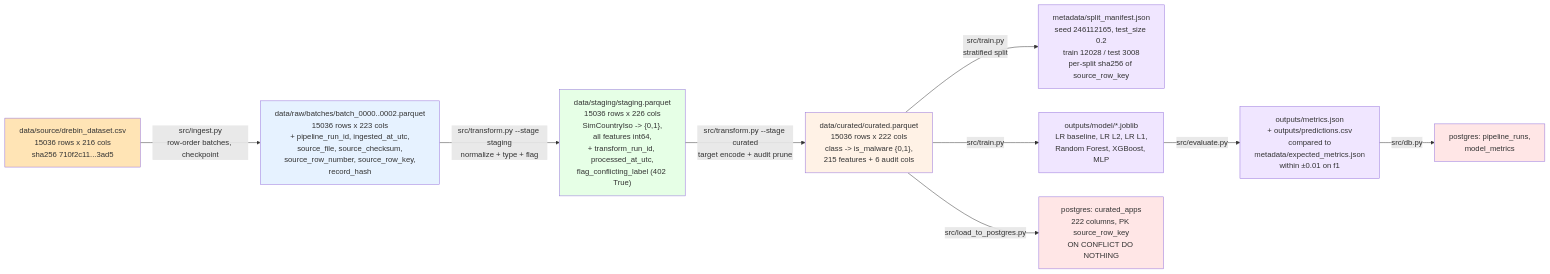
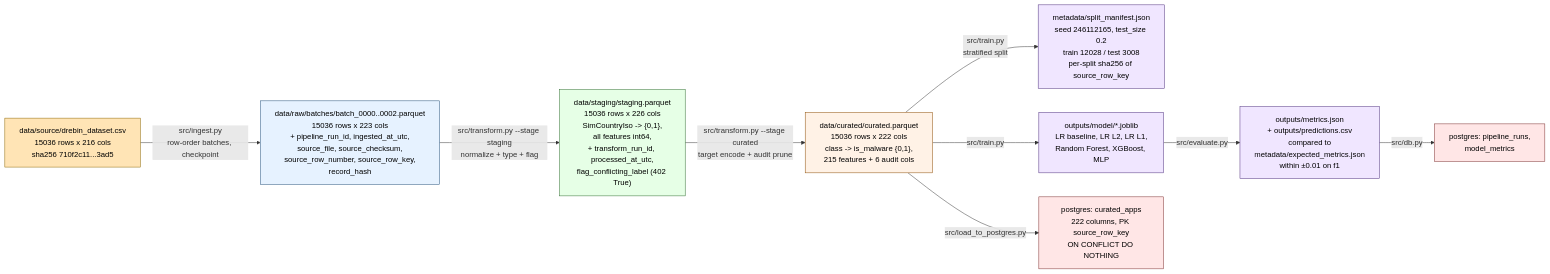
The diagram in docs/lineage.md (csystm/dss150p_repro_Pesquisa_Jericho), drawn with Mermaid before and after one commit. The commit also changed other lines of this file, not shown here.

Commit message:
docs: set explicit text color on lineage diagram for dark-mode readability

````diff
--- a/docs/lineage.md
+++ b/docs/lineage.md
@@ -6,43 +6,43 @@
 ```mermaid
 flowchart LR
     SRC["data/source/drebin_dataset.csv<br/>15036 rows x 216 cols<br/>sha256 710f2c11...3ad5"]
 
     RAW["data/raw/batches/batch_0000..0002.parquet<br/>15036 rows x 223 cols<br/>+ pipeline_run_id, ingested_at_utc,<br/>source_file, source_checksum,<br/>source_row_number, source_row_key,<br/>record_hash"]
 
     STG["data/staging/staging.parquet<br/>15036 rows x 226 cols<br/>SimCountryIso -> {0,1},<br/>all features int64,<br/>+ transform_run_id, processed_at_utc,<br/>flag_conflicting_label (402 True)"]
 
     CUR["data/curated/curated.parquet<br/>15036 rows x 222 cols<br/>class -> is_malware {0,1},<br/>215 features + 6 audit cols"]
 
     SPLIT["metadata/split_manifest.json<br/>seed 246112165, test_size 0.2<br/>train 12028 / test 3008<br/>per-split sha256 of source_row_key"]
 
     MODELS["outputs/model/*.joblib<br/>LR baseline, LR L2, LR L1,<br/>Random Forest, XGBoost, MLP"]
 
     METRICS["outputs/metrics.json<br/>+ outputs/predictions.csv<br/>compared to<br/>metadata/expected_metrics.json<br/>within ±0.01 on f1"]
 
     PG["postgres: curated_apps<br/>222 columns, PK source_row_key<br/>ON CONFLICT DO NOTHING"]
 
     AUDIT["postgres: pipeline_runs,<br/>model_metrics"]
 
     SRC -->|src/ingest.py<br/>row-order batches, checkpoint| RAW
     RAW -->|src/transform.py --stage staging<br/>normalize + type + flag| STG
     STG -->|src/transform.py --stage curated<br/>target encode + audit prune| CUR
     CUR -->|src/train.py<br/>stratified split| SPLIT
     CUR -->|src/train.py| MODELS
     MODELS -->|src/evaluate.py| METRICS
     CUR -->|src/load_to_postgres.py| PG
     METRICS -->|src/db.py| AUDIT
 
-    classDef source fill:#ffe4b5
-    classDef raw fill:#e6f2ff
-    classDef staging fill:#e6ffe6
-    classDef curated fill:#fff2e6
-    classDef output fill:#f0e6ff
-    classDef store fill:#ffe6e6
+    classDef source  fill:#ffe4b5,stroke:#8a6400,color:#000
+    classDef raw     fill:#e6f2ff,stroke:#1f4e79,color:#000
+    classDef staging fill:#e6ffe6,stroke:#2e6b2e,color:#000
+    classDef curated fill:#fff2e6,stroke:#8a4a00,color:#000
+    classDef output  fill:#f0e6ff,stroke:#4a2b7a,color:#000
+    classDef store   fill:#ffe6e6,stroke:#7a2b2b,color:#000
 
     class SRC source
     class RAW raw
     class STG staging
     class CUR curated
     class MODELS,METRICS,SPLIT output
     class PG,AUDIT store
 ```
````
